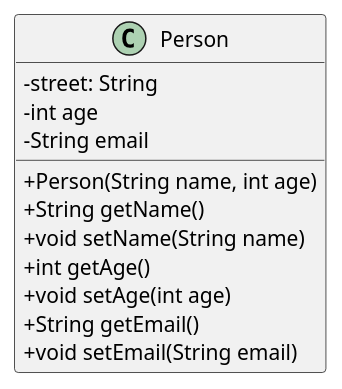
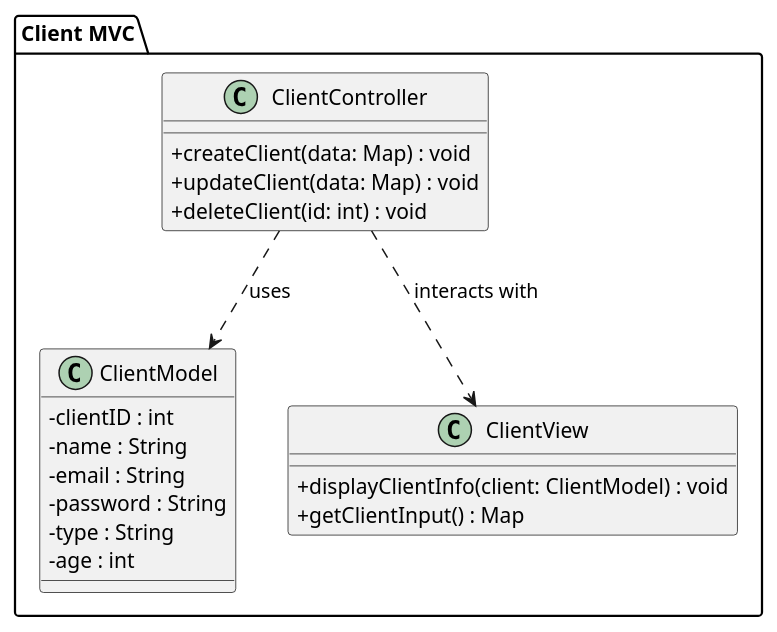
Before and after one commit to ECE-Paris-Ingeneering-School/projet-java-ing3-2025-ing3-java-2025-7-4: the diagram in ClassDiagram.puml, drawn with PlantUML.

Commit message:
Added Client MVC

```diff
--- a/ClassDiagram.puml
+++ b/ClassDiagram.puml
@@ -1,21 +1,32 @@
 @startuml
 
 skinparam classAttributeIconSize 0
 
-class Person {
-  -street: String
-  -int age
-  -String email
+' ---------------------------
+' Client MVC
+' ---------------------------
+package "Client MVC" {
+  class ClientModel {
+    - clientID : int
+    - name : String
+    - email : String
+    - password : String
+    - type : String
+    - age : int
+  }
 
-  +Person(String name, int age)
-  +String getName()
-  +void setName(String name)
-  +int getAge()
-  +void setAge(int age)
-  +String getEmail()
-  +void setEmail(String email)
+  class ClientView {
+    + displayClientInfo(client: ClientModel) : void
+    + getClientInput() : Map
+  }
+
+  class ClientController {
+    + createClient(data: Map) : void
+    + updateClient(data: Map) : void
+    + deleteClient(id: int) : void
+  }
+
+  ClientController ..> ClientModel : uses
+  ClientController ..> ClientView : interacts with
 }
-
-
-
 @enduml
```
